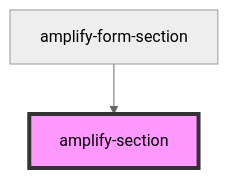
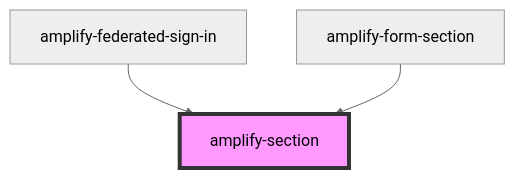
One commit to OneDev0411/amplify-js changed the diagram in packages/amplify-ui-components/src/components/amplify-section/readme.md. Above: the diagram before and after it, drawn with Mermaid (neutral theme). The commit also changed other lines of this file and 241 other files, not shown here.

````diff
--- a/packages/amplify-ui-components/src/components/amplify-section/readme.md
+++ b/packages/amplify-ui-components/src/components/amplify-section/readme.md
@@ -23,5 +21,6 @@
 ```mermaid
 graph TD;
+  amplify-federated-sign-in --> amplify-section
   amplify-form-section --> amplify-section
   style amplify-section fill:#f9f,stroke:#333,stroke-width:4px
 ```
````
